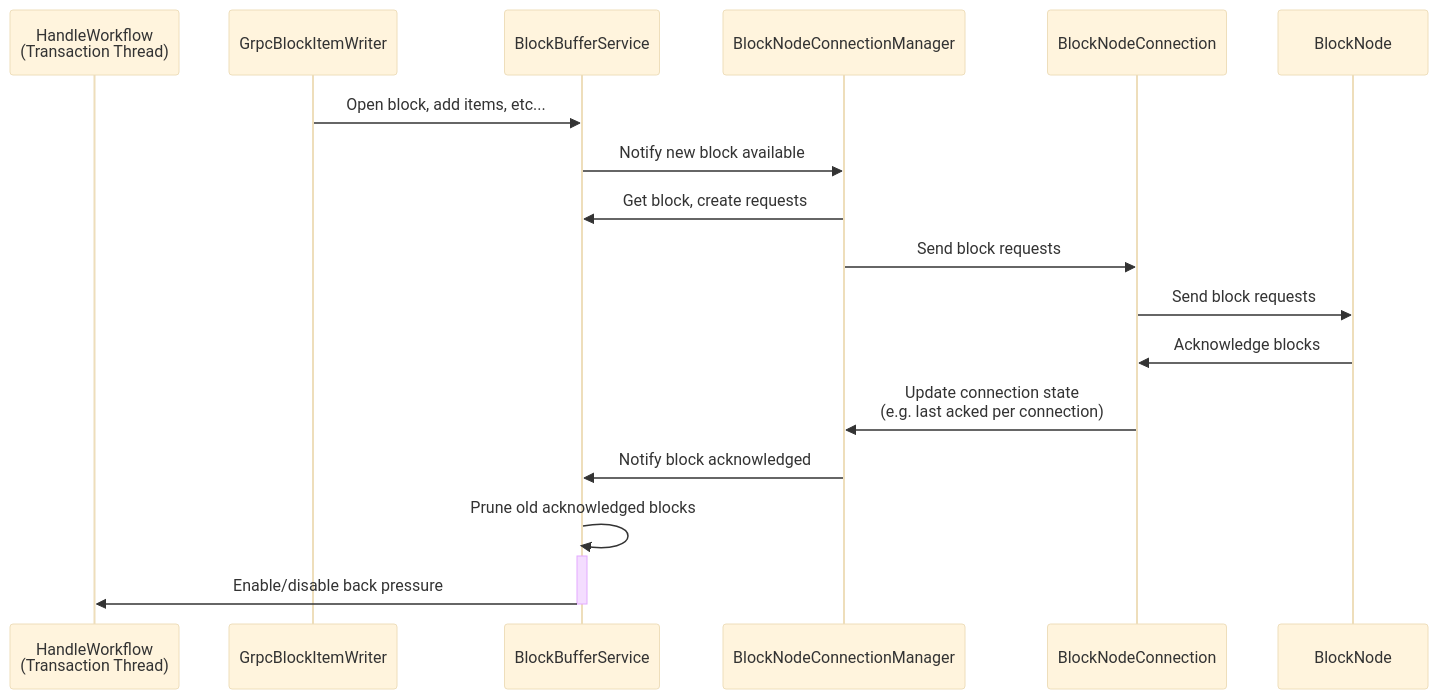
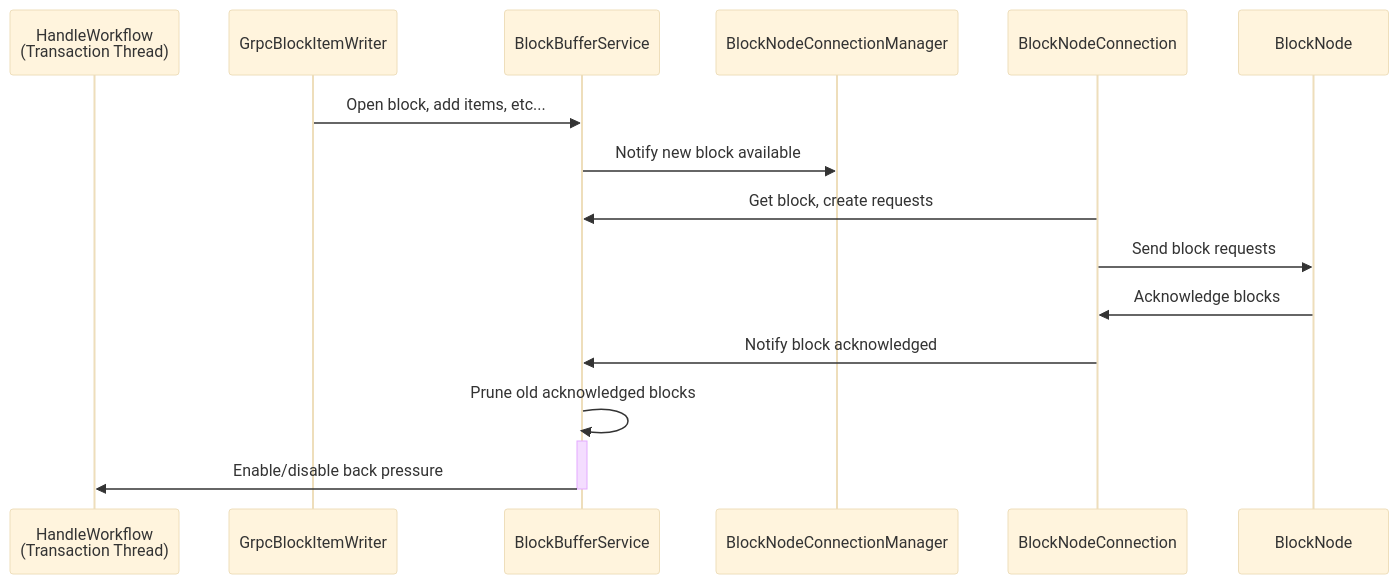
One commit to hiero-ledger/hiero-consensus-node changed the diagram in hedera-node/docs/design/app/blocks/BlockBufferService.md. Above: the diagram before and after it, drawn with Mermaid (base theme). The commit also changed other lines of this file and 2 other files, not shown here.

````diff
--- a/hedera-node/docs/design/app/blocks/BlockBufferService.md
+++ b/hedera-node/docs/design/app/blocks/BlockBufferService.md
@@ -163,21 +163,19 @@
 ```mermaid
 sequenceDiagram
     participant TxThread as HandleWorkflow <br/>(Transaction Thread)
     participant Writer as GrpcBlockItemWriter
     participant Buffer as BlockBufferService
     participant ConnMan as BlockNodeConnectionManager
     participant Conn as BlockNodeConnection
     participant BN as BlockNode
 
     Writer ->> Buffer: Open block, add items, etc...
     Buffer ->> ConnMan: Notify new block available
-    ConnMan ->> Buffer: Get block, create requests
-    ConnMan ->> Conn: Send block requests
+    Conn ->> Buffer: Get block, create requests
     Conn ->> BN: Send block requests
     BN ->> Conn: Acknowledge blocks
-    Conn ->> ConnMan: Update connection state <br/>(e.g. last acked per connection)
-    ConnMan ->> Buffer: Notify block acknowledged
+    Conn ->> Buffer: Notify block acknowledged
 
     Buffer ->>+ Buffer: Prune old acknowledged blocks
     Buffer ->>- TxThread: Enable/disable back pressure
 ```
````
